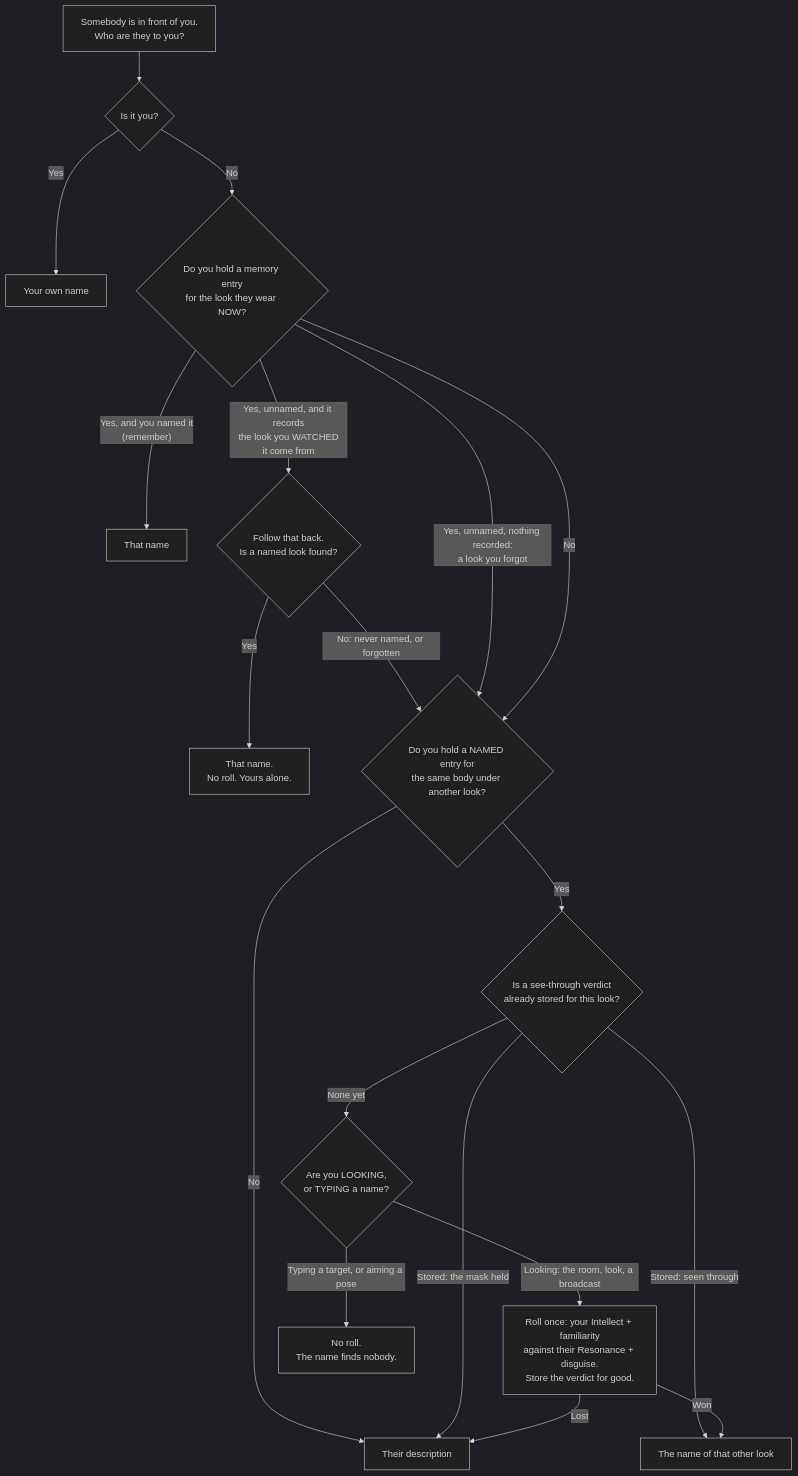
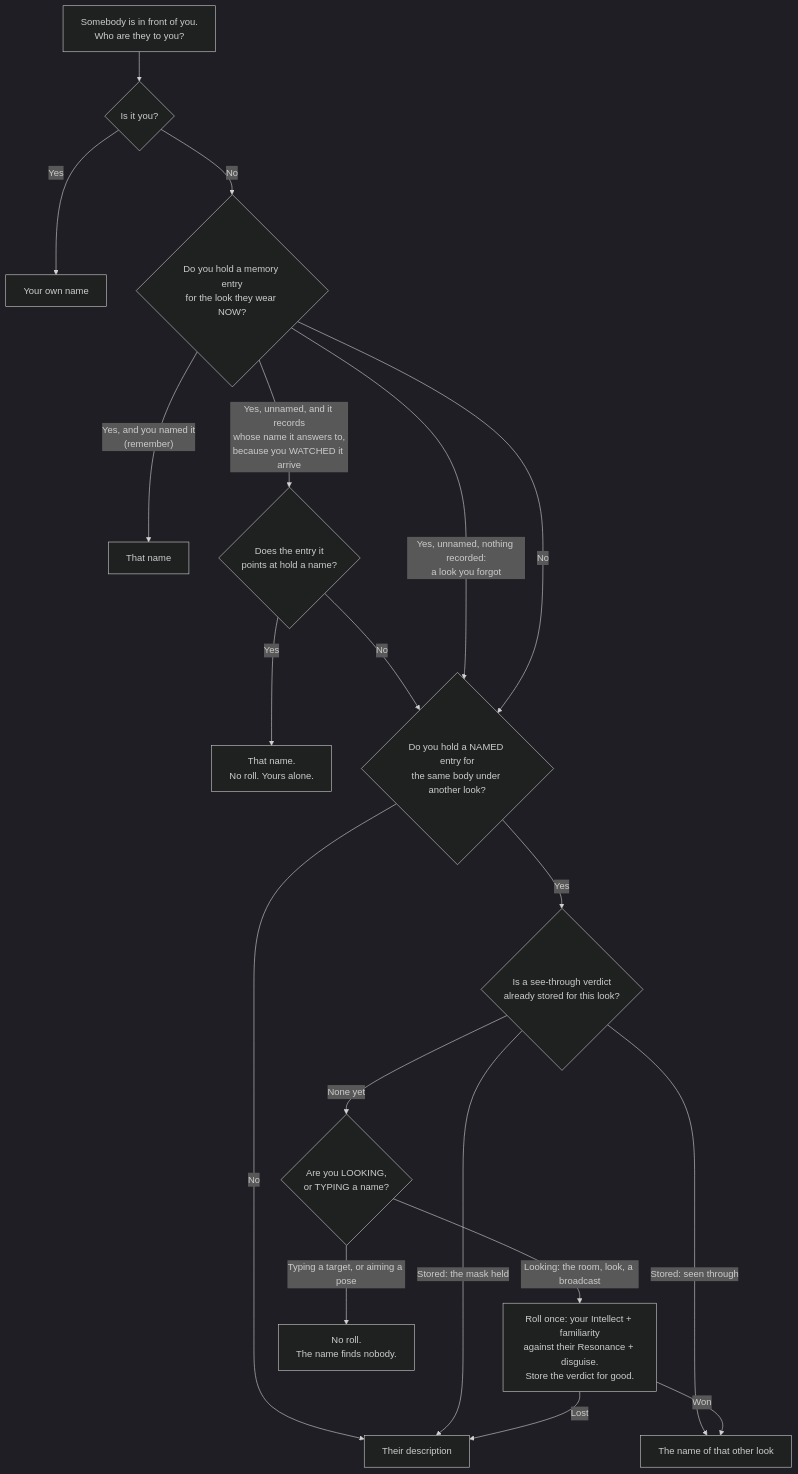
The third of 8 diagrams in specs/IDENTITY_RECOGNITION_SPEC.md (daiimus/gelatinous), drawn with Mermaid (dark theme) before and after one commit. The commit also changed other lines of this file, not shown here.

````diff
--- a/specs/IDENTITY_RECOGNITION_SPEC.md
+++ b/specs/IDENTITY_RECOGNITION_SPEC.md
@@ -253,21 +253,21 @@
 ```mermaid
 flowchart TD
     Start["Somebody is in front of you.<br/>Who are they to you?"] --> Self{"Is it you?"}
     Self -->|Yes| Own["Your own name"]
     Self -->|No| Entry{"Do you hold a memory entry<br/>for the look they wear NOW?"}
     Entry -->|"Yes, and you named it<br/>(remember)"| Named["That name"]
-    Entry -->|"Yes, unnamed, and it records<br/>the look you WATCHED<br/>it come from"| Link{"Follow that back.<br/>Is a named look found?"}
+    Entry -->|"Yes, unnamed, and it records<br/>whose name it answers to,<br/>because you WATCHED it arrive"| Link{"Does the entry it<br/>points at hold a name?"}
     Link -->|Yes| Witness["That name.<br/>No roll. Yours alone."]
-    Link -->|"No: never named, or forgotten"| Sleeve
+    Link -->|No| Sleeve
     Entry -->|"Yes, unnamed, nothing recorded:<br/>a look you forgot"| Sleeve
     Entry -->|No| Sleeve{"Do you hold a NAMED entry for<br/>the same body under another look?"}
     Sleeve -->|No| Stranger["Their description"]
     Sleeve -->|Yes| Verdict{"Is a see-through verdict<br/>already stored for this look?"}
     Verdict -->|"Stored: seen through"| Pierced["The name of that other look"]
     Verdict -->|"Stored: the mask held"| Stranger
     Verdict -->|"None yet"| How{"Are you LOOKING,<br/>or TYPING a name?"}
     How -->|"Looking: the room, look, a broadcast"| Roll["Roll once: your Intellect + familiarity<br/>against their Resonance + disguise.<br/>Store the verdict for good."]
     Roll -->|Won| Pierced
     Roll -->|Lost| Stranger
     How -->|"Typing a target, or aiming a pose"| NoRoll["No roll.<br/>The name finds nobody."]
 ```
````
